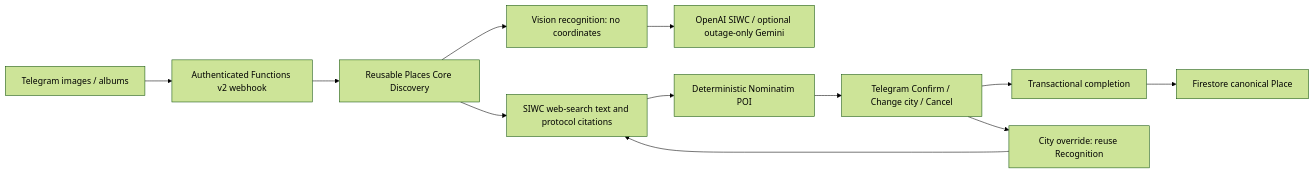
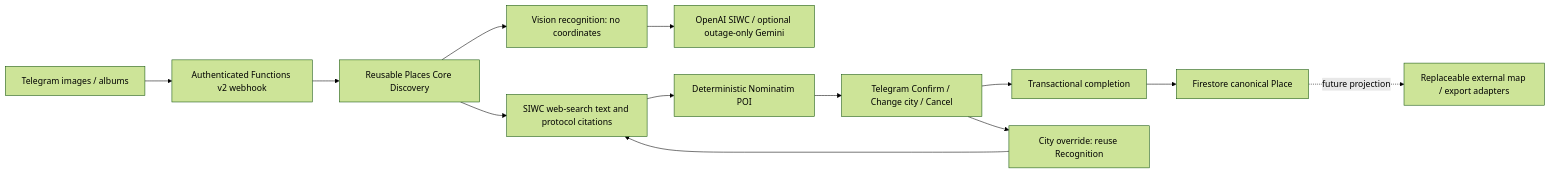
The diagram in docs/architecture.md (dd64ru/Mom-I-am-OK-find-places), drawn with Mermaid (forest theme) before and after one commit. The commit also changed other lines of this file and 18 other files, not shown here.

````diff
--- a/docs/architecture.md
+++ b/docs/architecture.md
@@ -3,14 +3,15 @@
 ```mermaid
 flowchart LR
   T[Telegram images / albums] --> W[Authenticated Functions v2 webhook]
   W --> C[Reusable Places Core Discovery]
   C --> V[Vision recognition: no coordinates]
   V --> O[OpenAI SIWC / optional outage-only Gemini]
   C --> S[SIWC web-search text and protocol citations]
   S --> P[Deterministic Nominatim POI]
   P --> Q[Telegram Confirm / Change city / Cancel]
   Q --> X[Transactional completion]
   X --> F[Firestore canonical Place]
+  F -. future projection .-> M[Replaceable external map / export adapters]
   Q --> R[City override: reuse Recognition]
   R --> S
 ```
````
